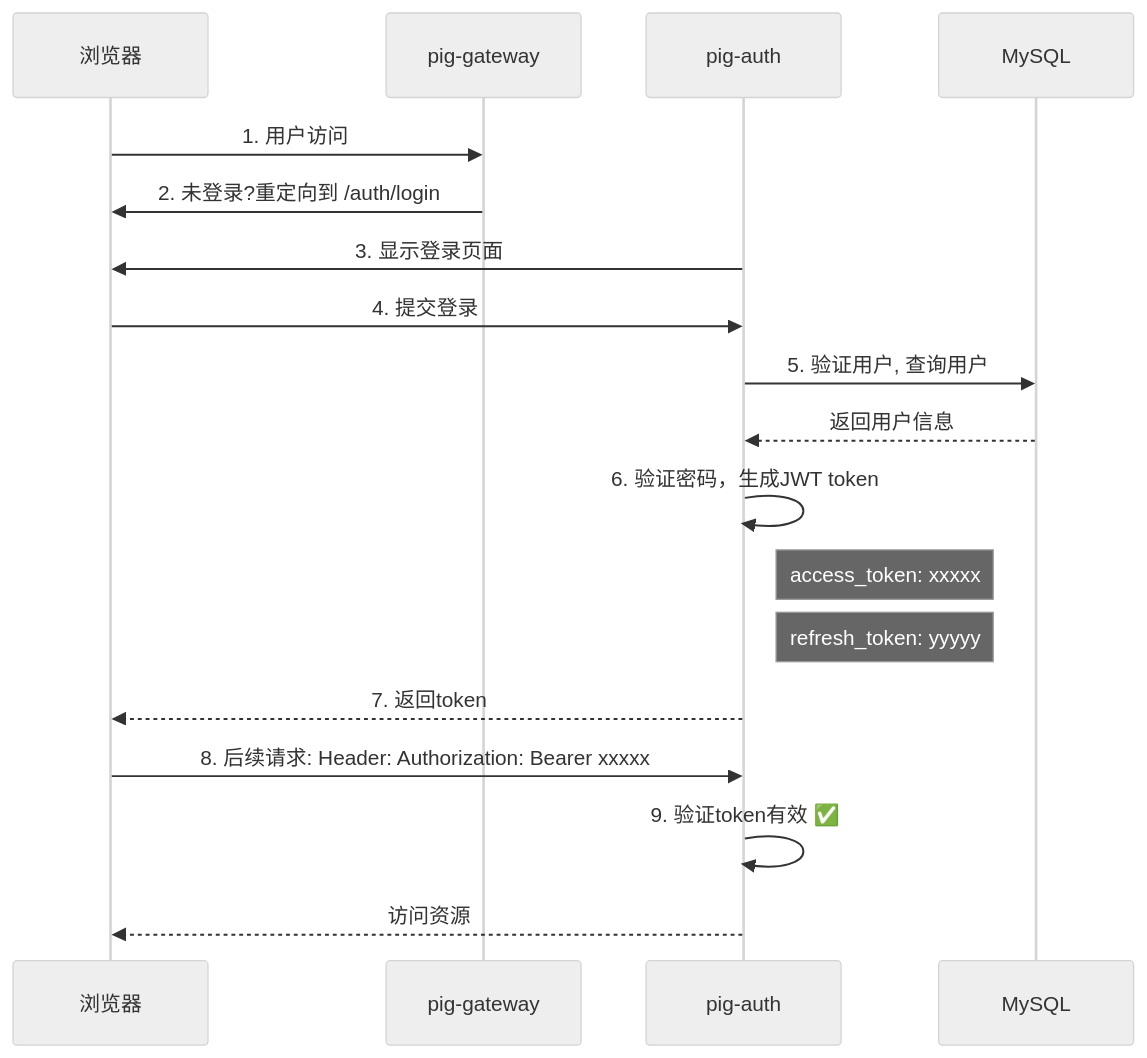
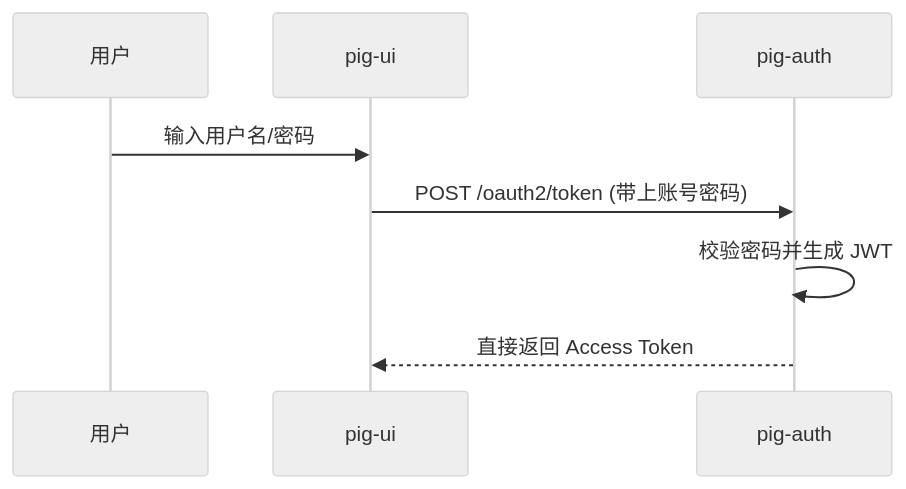
Before and after one commit to CrispyXYZ/blogs: diagram 19 of 33 in _posts/2026-03-28-microservices-tutorial.md, drawn with Mermaid (neutral theme). The commit also changed other lines of this file, not shown here.

````diff
--- a/_posts/2026-03-28-microservices-tutorial.md
+++ b/_posts/2026-03-28-microservices-tutorial.md
@@ -546,33 +646,11 @@
 ```mermaid
 sequenceDiagram
-    participant 浏览器
-    participant pig-gateway
+    participant 用户
+    participant pig-ui
     participant pig-auth
-    participant MySQL
 
-    浏览器->>pig-gateway: 1. 用户访问
-    pig-gateway->>浏览器: 2. 未登录?重定向到 /auth/login
-
-    pig-auth->>浏览器: 3. 显示登录页面
-
-
-    浏览器->>pig-auth: 4. 提交登录
-
-    pig-auth->>MySQL: 5. 验证用户, 查询用户
-    
-
-    MySQL-->>pig-auth: 返回用户信息
-
-    pig-auth->>pig-auth: 6. 验证密码，生成JWT token
-    Note right of pig-auth: access_token: xxxxx
-    Note right of pig-auth: refresh_token: yyyyy
-
-    pig-auth-->>浏览器: 7. 返回token
-
-    浏览器->>pig-auth: 8. 后续请求: Header: Authorization: Bearer xxxxx
-
-    pig-auth->>pig-auth: 9. 验证token有效 ✅
-    pig-auth-->>浏览器: 访问资源
-
-
+    用户->>pig-ui: 输入用户名/密码
+    pig-ui->>pig-auth: POST /oauth2/token (带上账号密码)
+    pig-auth->>pig-auth: 校验密码并生成 JWT
+    pig-auth-->>pig-ui: 直接返回 Access Token
 ```
````
